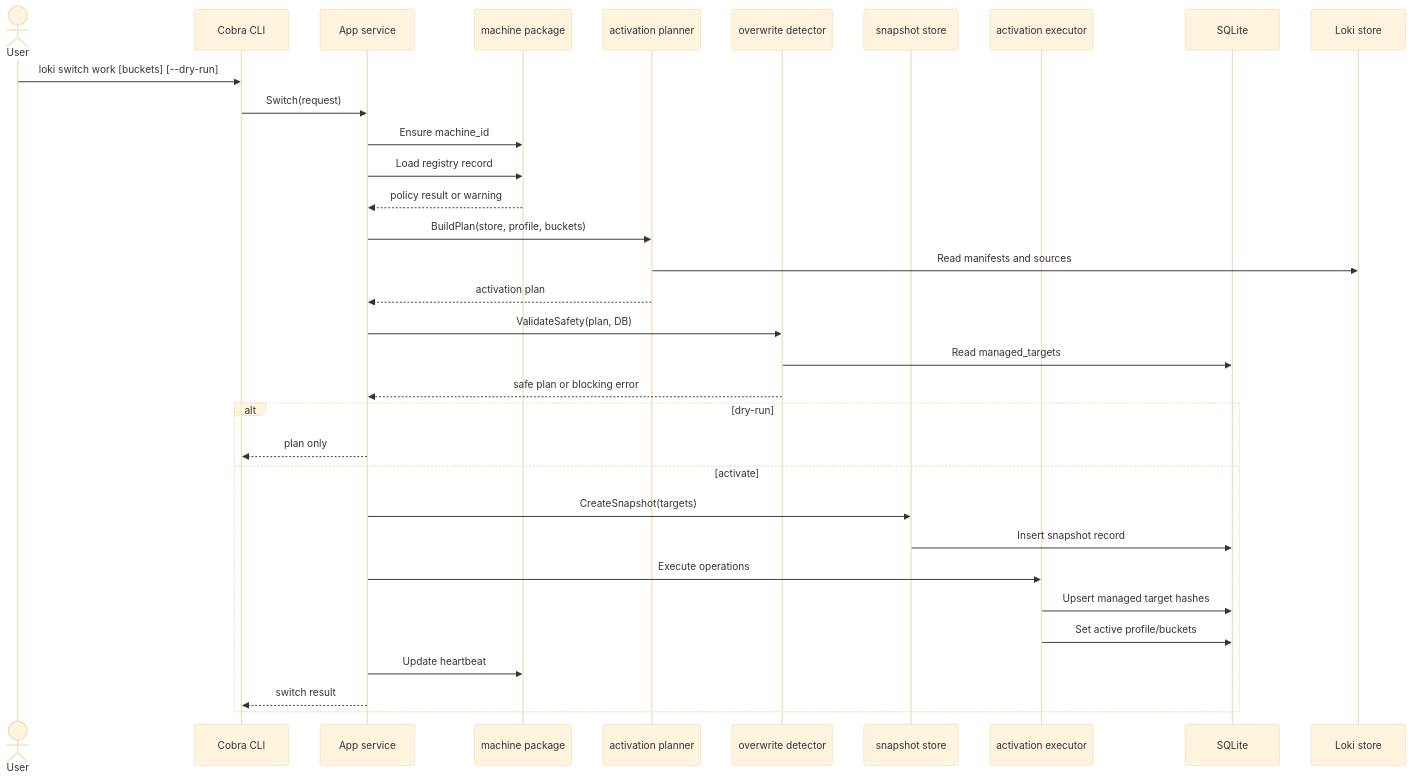
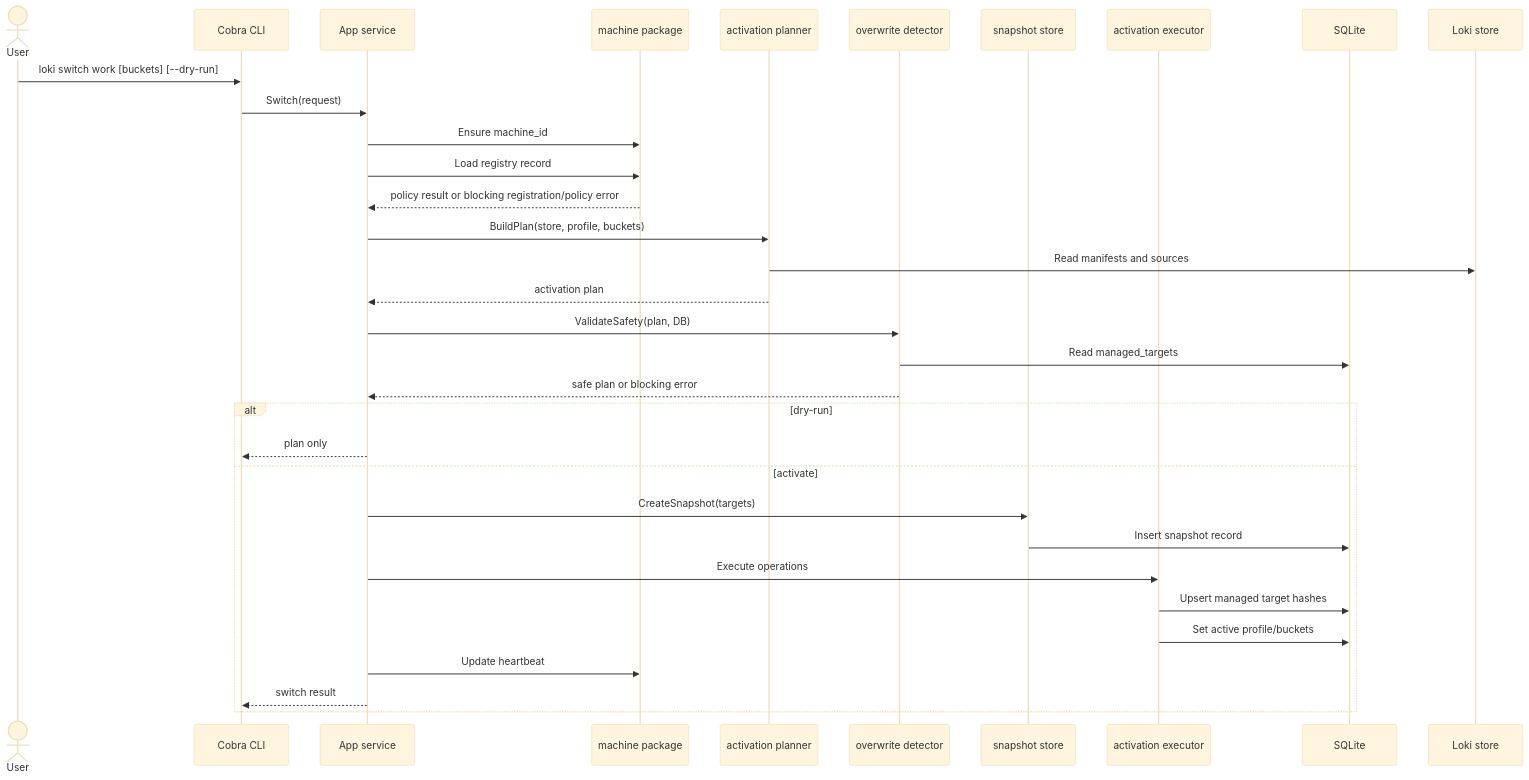
Before and after one commit to asudbring/loki-profile-manager: the third of 3 diagrams in docs/ARCHITECTURE.md, drawn with Mermaid (base theme). The commit also changed 20 other files, not shown here.

Commit message:
feat: add machine registration CLI

````diff
--- a/docs/ARCHITECTURE.md
+++ b/docs/ARCHITECTURE.md
@@ -197,36 +197,36 @@
 ```mermaid
 sequenceDiagram
     actor User
     participant CLI as Cobra CLI
     participant App as App service
     participant Machine as machine package
     participant Planner as activation planner
     participant Safety as overwrite detector
     participant Snapshot as snapshot store
     participant Exec as activation executor
     participant DB as SQLite
     participant Store as Loki store
 
     User->>CLI: loki switch work [buckets] [--dry-run]
     CLI->>App: Switch(request)
     App->>Machine: Ensure machine_id
     App->>Machine: Load registry record
-    Machine-->>App: policy result or warning
+    Machine-->>App: policy result or blocking registration/policy error
     App->>Planner: BuildPlan(store, profile, buckets)
     Planner->>Store: Read manifests and sources
     Planner-->>App: activation plan
     App->>Safety: ValidateSafety(plan, DB)
     Safety->>DB: Read managed_targets
     Safety-->>App: safe plan or blocking error
     alt dry-run
         App-->>CLI: plan only
     else activate
         App->>Snapshot: CreateSnapshot(targets)
         Snapshot->>DB: Insert snapshot record
         App->>Exec: Execute operations
         Exec->>DB: Upsert managed target hashes
         Exec->>DB: Set active profile/buckets
         App->>Machine: Update heartbeat
         App-->>CLI: switch result
     end
 ```
````
